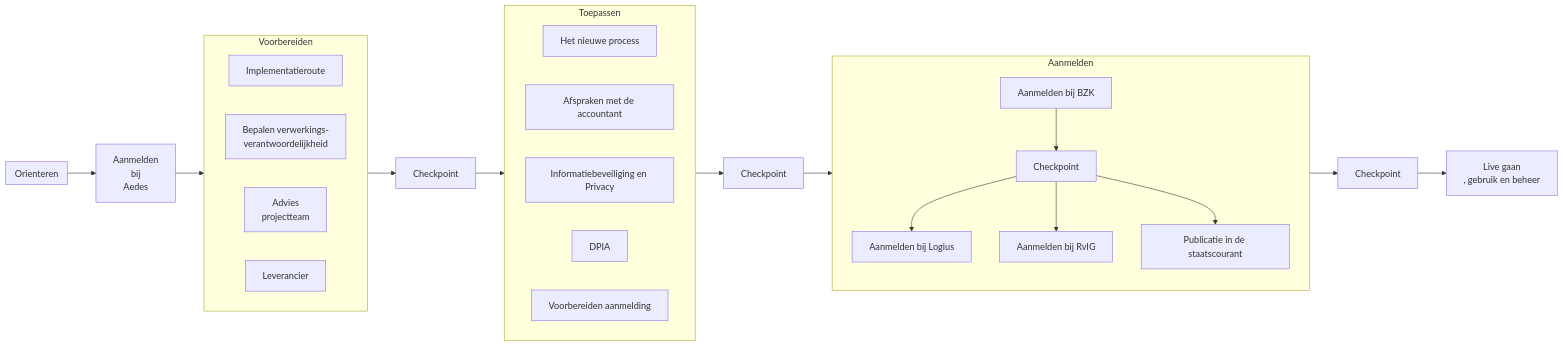
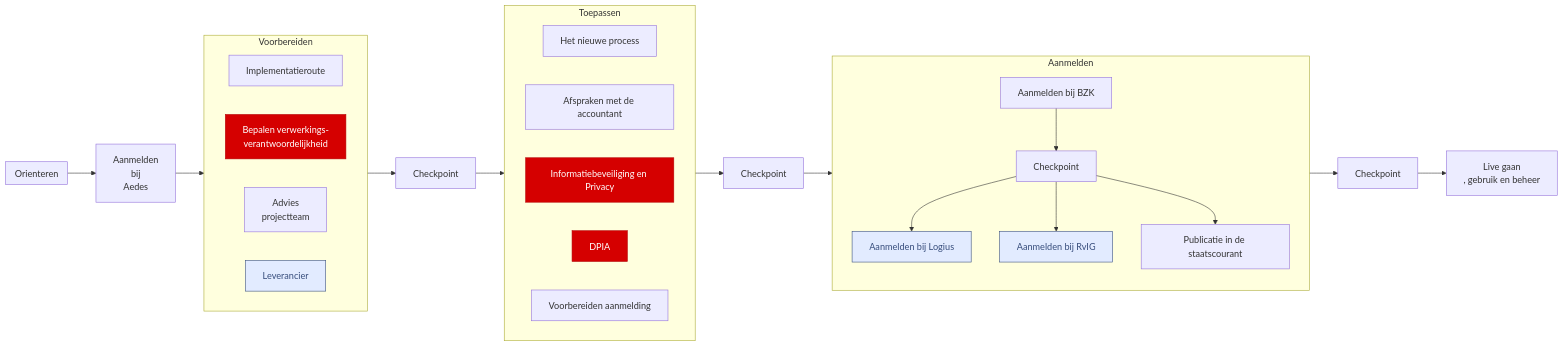
The diagram in docs/routekaart/index.md (pdevickataedes/divit_sandbox), drawn with Mermaid before and after one commit. The commit also changed 1 other file, not shown here.

Commit message:
another change

````diff
--- a/docs/routekaart/index.md
+++ b/docs/routekaart/index.md
@@ -6,63 +6,73 @@
 ```mermaid
 
 flowchart LR
 subgraph Orienteren
 end
 
 AanmeldenAedes["Aanmelden <BR/> bij <BR/> Aedes"]
 
 
 subgraph Voorbereiden
   direction LR
   Implementatieroute
   Bepalen["Bepalen verwerkings- <br/> verantwoordelijkheid"]
   Advies["Advies <br/> projectteam"]
   Leverancier
 end
 
 Orienteren-->AanmeldenAedes
 AanmeldenAedes-->Voorbereiden
 
 CP1["Checkpoint"]
 
 Voorbereiden-->CP1
 
 subgraph Toepassen
     direction LR
     NP["Het nieuwe process"]
     AA["Afspraken met de accountant"]
     IP["Informatiebeveiliging en Privacy"]
     DPIA["DPIA"]
     VA["Voorbereiden aanmelding"]
 end
 
 CP1-->Toepassen
 
 CP2["Checkpoint"]
 
 Toepassen-->CP2
 
 subgraph Aanmelden
     direction TB
     BZK["Aanmelden bij BZK"]
     CP3["Checkpoint"]
     BZK-->CP3
     LOGIUS["Aanmelden bij Logius"]
     RVIG["Aanmelden bij RvIG"]
     SC["Publicatie in de staatscourant"]
     CP3-->LOGIUS
     CP3-->RVIG
     CP3-->SC
 end 
 
 CP2-->Aanmelden
 
 CP4["Checkpoint"]
 
 Aanmelden-->CP4
 
 LIVE["Live gaan <BR/>, gebruik en beheer"]
 
 CP4-->LIVE
 
+Leverancier:::Blue
+LOGIUS:::Blue
+RVIG:::Blue
+Bepalen:::Red
+IP:::Red
+DPIA:::Red
+classDef Blue stroke-width:1px, stroke-dasharray:none, stroke:#374D7C, fill:#E2EBFF, color:#374D7C
+classDef Red stroke:#b50707, fill:#D50000, color:#FFFFFF
+
+
 ```
````
